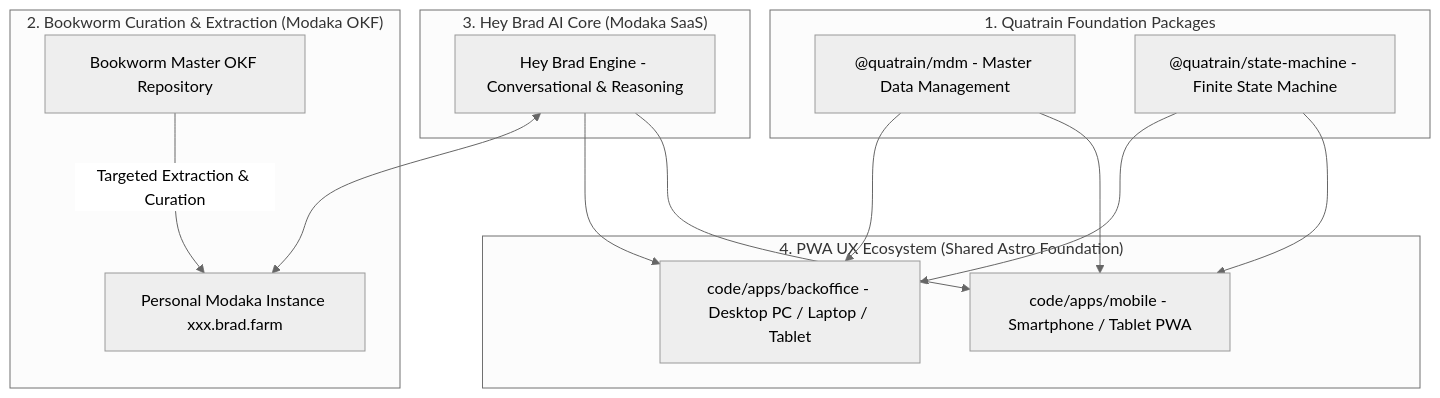
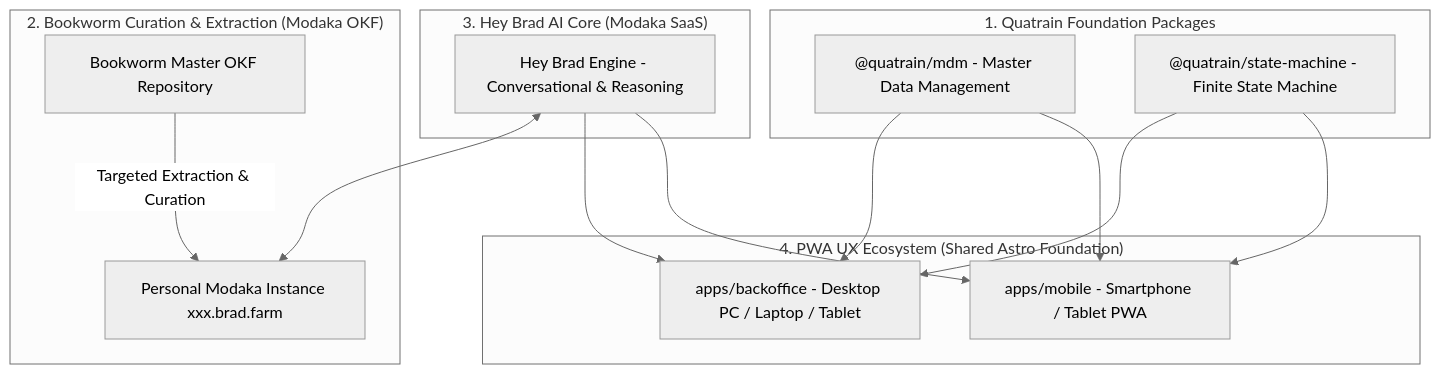
One commit to bradtech-oss/stack changed the diagram in docs/architecture/SIDE_ROADMAP_AND_UX.md. Above: the diagram before and after it, drawn with Mermaid (neutral theme). The commit also changed other lines of this file and 12 other files, not shown here.

````diff
--- a/docs/architecture/SIDE_ROADMAP_AND_UX.md
+++ b/docs/architecture/SIDE_ROADMAP_AND_UX.md
@@ -14,27 +14,27 @@
 ```mermaid
 graph TD
     subgraph CorePackages ["1. Quatrain Foundation Packages"]
         MDM["@quatrain/mdm - Master Data Management"]
         FSM["@quatrain/state-machine - Finite State Machine"]
     end
 
     subgraph BookwormCuration ["2. Bookworm Curation & Extraction (Modaka OKF)"]
         BookwormMaster["Bookworm Master OKF Repository"] -->|Targeted Extraction & Curation| TenantModaka["Personal Modaka Instance xxx.brad.farm"]
     end
 
     subgraph HeyBradCoreGroup ["3. Hey Brad AI Core (Modaka SaaS)"]
         HeyBradCore["Hey Brad Engine - Conversational & Reasoning"] <--> TenantModaka
     end
 
     subgraph UXEcosystem ["4. PWA UX Ecosystem (Shared Astro Foundation)"]
-        BackofficeApp["code/apps/backoffice - Desktop PC / Laptop / Tablet"]
-        MobileApp["code/apps/mobile - Smartphone / Tablet PWA"]
+        BackofficeApp["apps/backoffice - Desktop PC / Laptop / Tablet"]
+        MobileApp["apps/mobile - Smartphone / Tablet PWA"]
     end
 
     MDM --> BackofficeApp
     MDM --> MobileApp
     FSM --> BackofficeApp
     FSM --> MobileApp
     HeyBradCore --> BackofficeApp
     HeyBradCore --> MobileApp
 ```
````
